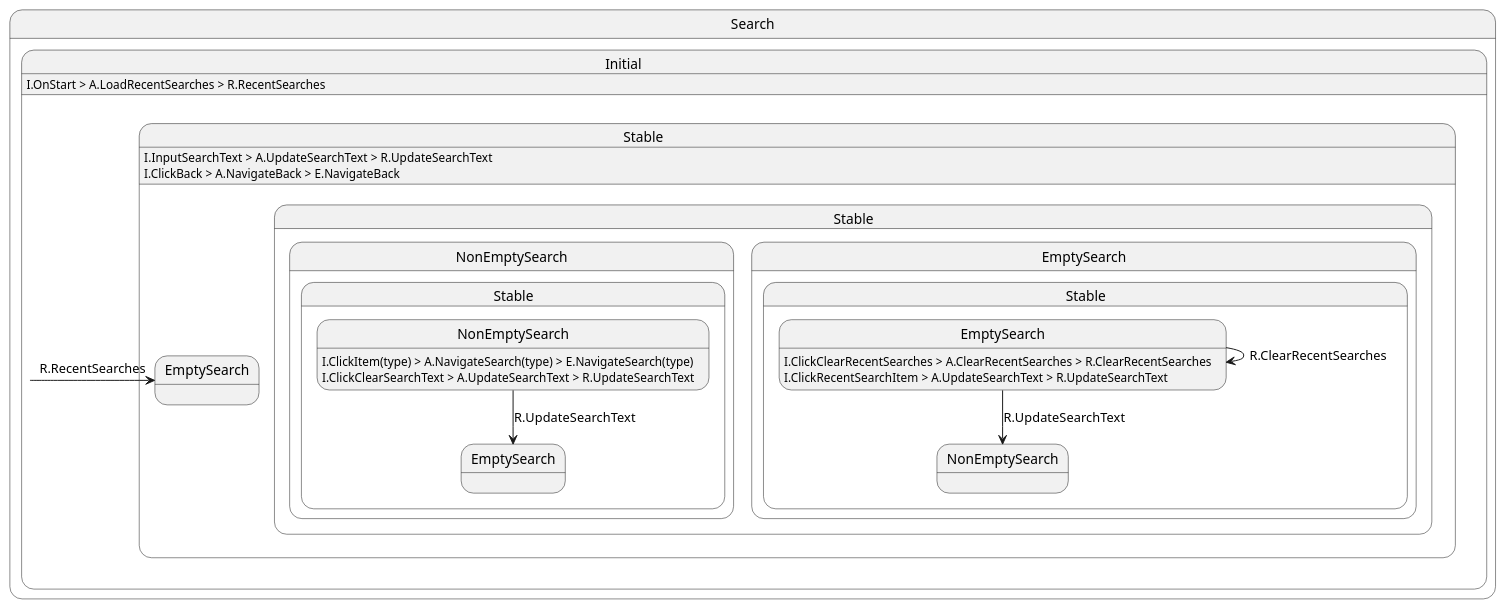
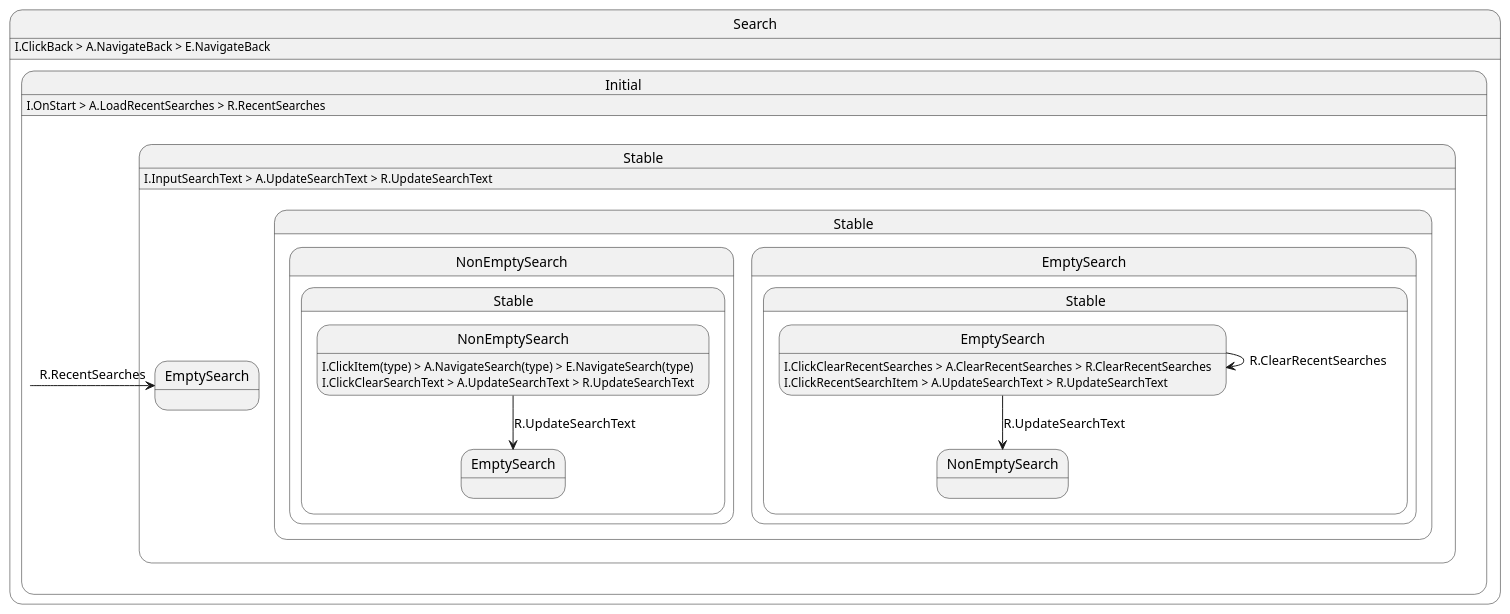
The diagram in presentation/src/main/kotlin/jp/co/yumemi/android/code_check/presentation/feature/search/top/SearchTop.pu (wasabi-muffin/github-sample-project), drawn with PlantUML before and after one commit.

Commit message:
update: search top uml

```diff
--- a/presentation/src/main/kotlin/jp/co/yumemi/android/code_check/presentation/feature/search/top/SearchTop.pu
+++ b/presentation/src/main/kotlin/jp/co/yumemi/android/code_check/presentation/feature/search/top/SearchTop.pu
@@ -1,29 +1,30 @@
 @startuml Search
 state Search {
+    Search : I.ClickBack > A.NavigateBack > E.NavigateBack
+
     state Initial {
         Initial : I.OnStart > A.LoadRecentSearches > R.RecentSearches
         
         Initial -right-> Stable.EmptySearch : R.RecentSearches
     }
 
     state Stable {
         Stable : I.InputSearchText > A.UpdateSearchText > R.UpdateSearchText
-        Stable : I.ClickBack > A.NavigateBack > E.NavigateBack
 
         state Stable.EmptySearch {
             Stable.EmptySearch : I.ClickClearRecentSearches > A.ClearRecentSearches > R.ClearRecentSearches
             Stable.EmptySearch : I.ClickRecentSearchItem > A.UpdateSearchText > R.UpdateSearchText
 
             Stable.EmptySearch --> Stable.NonEmptySearch : R.UpdateSearchText
             Stable.EmptySearch --> Stable.EmptySearch : R.ClearRecentSearches
         }
 
         state Stable.NonEmptySearch {
             Stable.NonEmptySearch : I.ClickItem(type) > A.NavigateSearch(type) > E.NavigateSearch(type)
             Stable.NonEmptySearch : I.ClickClearSearchText > A.UpdateSearchText > R.UpdateSearchText
 
             Stable.NonEmptySearch --> Stable.EmptySearch : R.UpdateSearchText
         }
     }
 }
 @enduml
```
